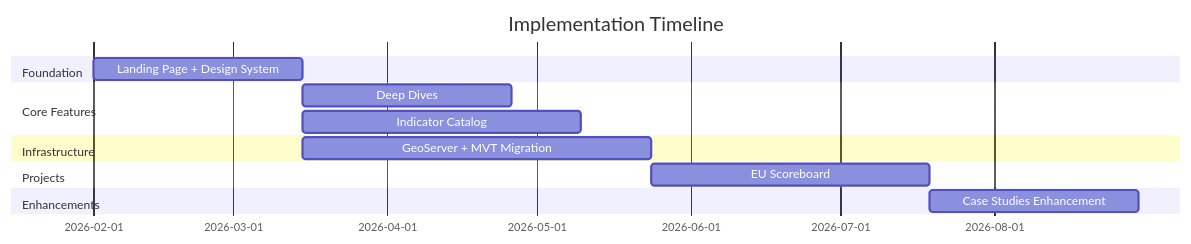
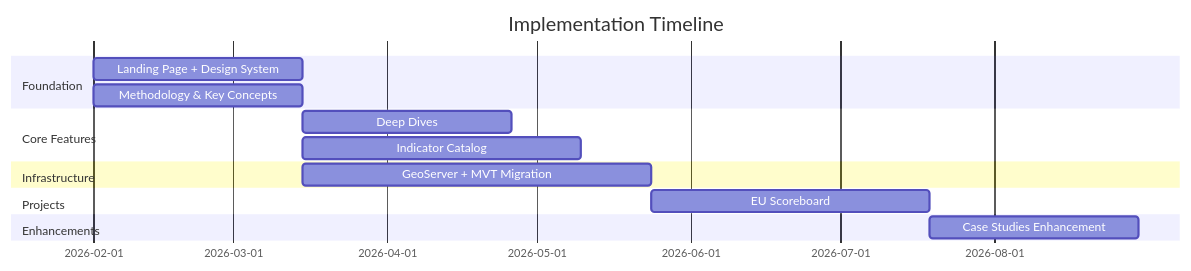
The second of 5 diagrams in plan/TECHNICAL_IMPLEMENTATION_PLAN.md (upbeat-works/provide), drawn with Mermaid before and after one commit. The commit also changed other lines of this file and 1 other file, not shown here.

Commit message:
fix: add methodology

````diff
--- a/plan/TECHNICAL_IMPLEMENTATION_PLAN.md
+++ b/plan/TECHNICAL_IMPLEMENTATION_PLAN.md
@@ -75,21 +75,22 @@
 ```mermaid
 gantt
     title Implementation Timeline
     dateFormat YYYY-MM-DD
 
     section Foundation
-    Landing Page + Design System       :d1, 2026-02-01, 6w
+    Landing Page + Design System           :d1, 2026-02-01, 6w
+    Methodology & Key Concepts             :d2, 2026-02-01, 6w
 
     section Core Features
-    Deep Dives                     :d2, after d1, 6w
-    Indicator Catalog                  :d3, after d1, 8w
+    Deep Dives                             :d3, after d1, 6w
+    Indicator Catalog                      :d4, after d1, 8w
 
     section Infrastructure
-    GeoServer + MVT Migration          :d4, after d1, 10w
+    GeoServer + MVT Migration              :d5, after d1, 10w
 
     section Projects
-    EU Scoreboard                      :d5, after d2 d3 d4, 8w
+    EU Scoreboard                          :d6, after d3 d4 d5, 8w
 
     section Enhancements
-    Case Studies Enhancement           :d6, after d5, 6w
+    Case Studies Enhancement               :d7, after d6, 6w
 ```
````
